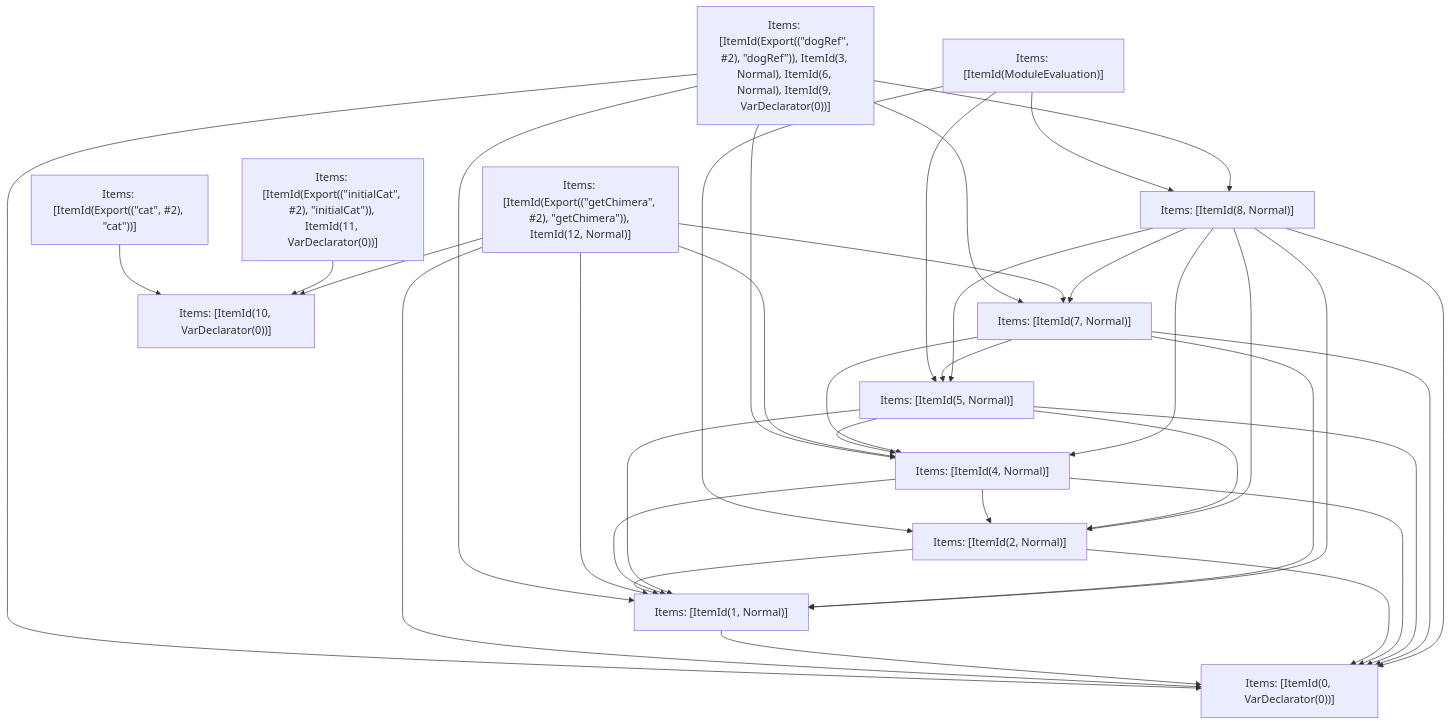
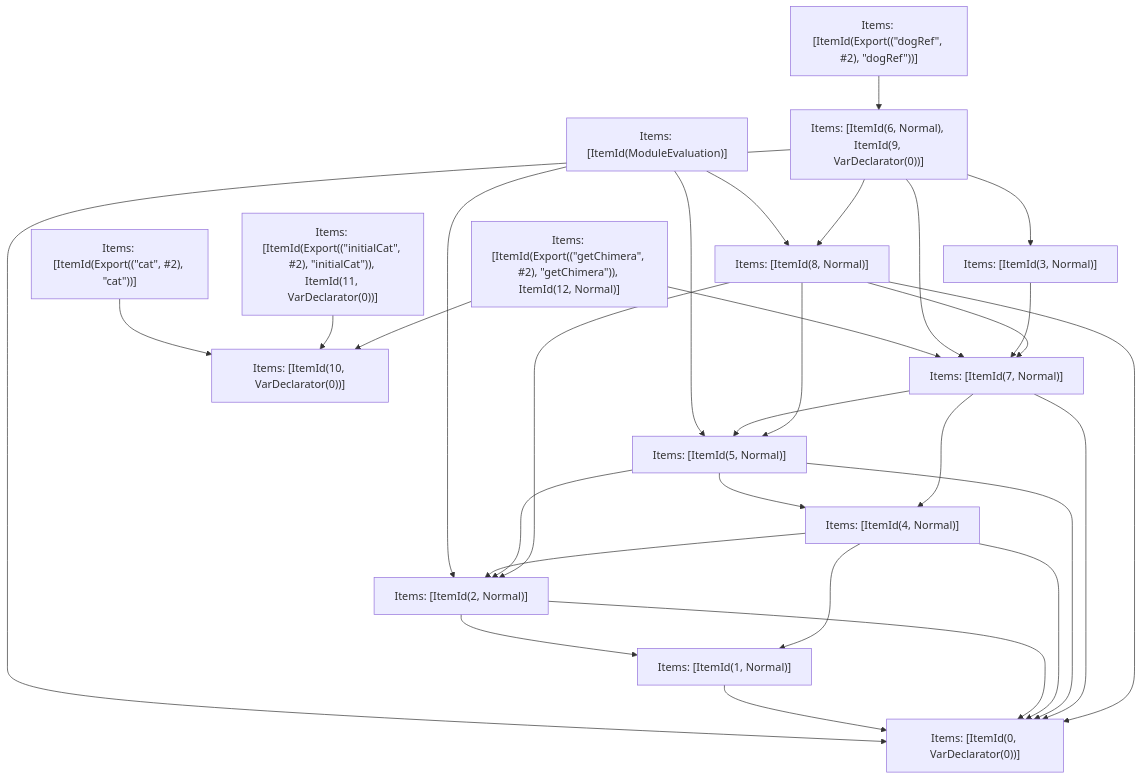
Before and after one commit to darkred/turbo: the fifth of 5 diagrams in crates/turbopack-ecmascript/tests/tree-shaker/analyzer/complex/output.md, drawn with Mermaid. The commit also changed other lines of this file and 22 other files, not shown here.

````diff
--- a/crates/turbopack-ecmascript/tests/tree-shaker/analyzer/complex/output.md
+++ b/crates/turbopack-ecmascript/tests/tree-shaker/analyzer/complex/output.md
@@ -382,51 +350,47 @@
 ```mermaid
 graph TD
     N0["Items: [ItemId(ModuleEvaluation)]"];
-    N1["Items: [ItemId(Export((&quot;dogRef&quot;, #2), &quot;dogRef&quot;)), ItemId(3, Normal), ItemId(6, Normal), ItemId(9, VarDeclarator(0))]"];
+    N1["Items: [ItemId(Export((&quot;dogRef&quot;, #2), &quot;dogRef&quot;))]"];
     N2["Items: [ItemId(Export((&quot;cat&quot;, #2), &quot;cat&quot;))]"];
     N3["Items: [ItemId(Export((&quot;initialCat&quot;, #2), &quot;initialCat&quot;)), ItemId(11, VarDeclarator(0))]"];
     N4["Items: [ItemId(Export((&quot;getChimera&quot;, #2), &quot;getChimera&quot;)), ItemId(12, Normal)]"];
-    N5["Items: [ItemId(0, VarDeclarator(0))]"];
-    N6["Items: [ItemId(1, Normal)]"];
-    N7["Items: [ItemId(2, Normal)]"];
-    N8["Items: [ItemId(4, Normal)]"];
-    N9["Items: [ItemId(5, Normal)]"];
-    N10["Items: [ItemId(7, Normal)]"];
-    N11["Items: [ItemId(8, Normal)]"];
-    N12["Items: [ItemId(10, VarDeclarator(0))]"];
-    N0 --> N7;
-    N0 --> N9;
+    N5["Items: [ItemId(6, Normal), ItemId(9, VarDeclarator(0))]"];
+    N6["Items: [ItemId(0, VarDeclarator(0))]"];
+    N7["Items: [ItemId(1, Normal)]"];
+    N8["Items: [ItemId(2, Normal)]"];
+    N9["Items: [ItemId(3, Normal)]"];
+    N10["Items: [ItemId(4, Normal)]"];
+    N11["Items: [ItemId(5, Normal)]"];
+    N12["Items: [ItemId(7, Normal)]"];
+    N13["Items: [ItemId(8, Normal)]"];
+    N14["Items: [ItemId(10, VarDeclarator(0))]"];
+    N0 --> N8;
     N0 --> N11;
+    N0 --> N13;
     N1 --> N5;
-    N1 --> N6;
-    N1 --> N8;
-    N1 --> N10;
-    N1 --> N11;
-    N2 --> N12;
-    N3 --> N12;
+    N2 --> N14;
+    N3 --> N14;
+    N4 --> N14;
     N4 --> N12;
-    N4 --> N5;
-    N4 --> N6;
-    N4 --> N8;
-    N4 --> N10;
-    N6 --> N5;
-    N7 --> N5;
+    N5 --> N13;
+    N5 --> N12;
+    N5 --> N6;
+    N5 --> N9;
     N7 --> N6;
-    N8 --> N5;
+    N8 --> N7;
     N8 --> N6;
-    N8 --> N7;
-    N9 --> N5;
-    N9 --> N6;
-    N9 --> N8;
-    N9 --> N7;
-    N10 --> N5;
+    N9 --> N12;
+    N10 --> N7;
     N10 --> N6;
     N10 --> N8;
-    N10 --> N9;
-    N11 --> N5;
+    N11 --> N10;
     N11 --> N6;
     N11 --> N8;
-    N11 --> N10;
-    N11 --> N7;
-    N11 --> N9;
+    N12 --> N10;
+    N12 --> N6;
+    N12 --> N11;
+    N13 --> N12;
+    N13 --> N6;
+    N13 --> N8;
+    N13 --> N11;
 ```
````
